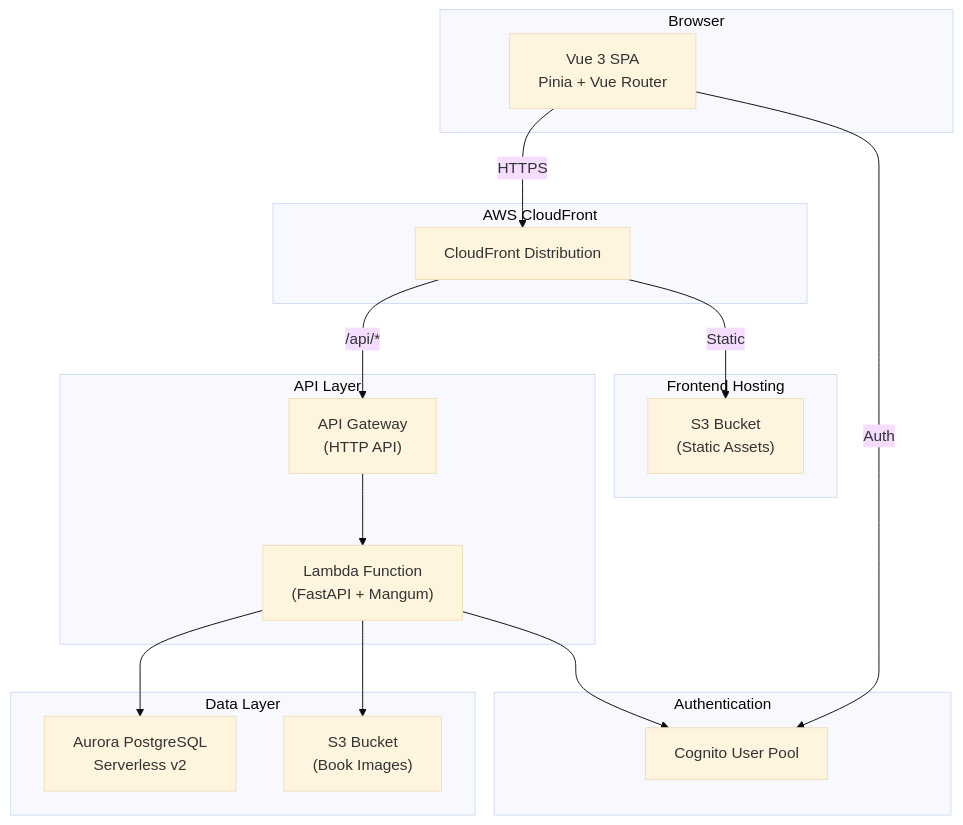
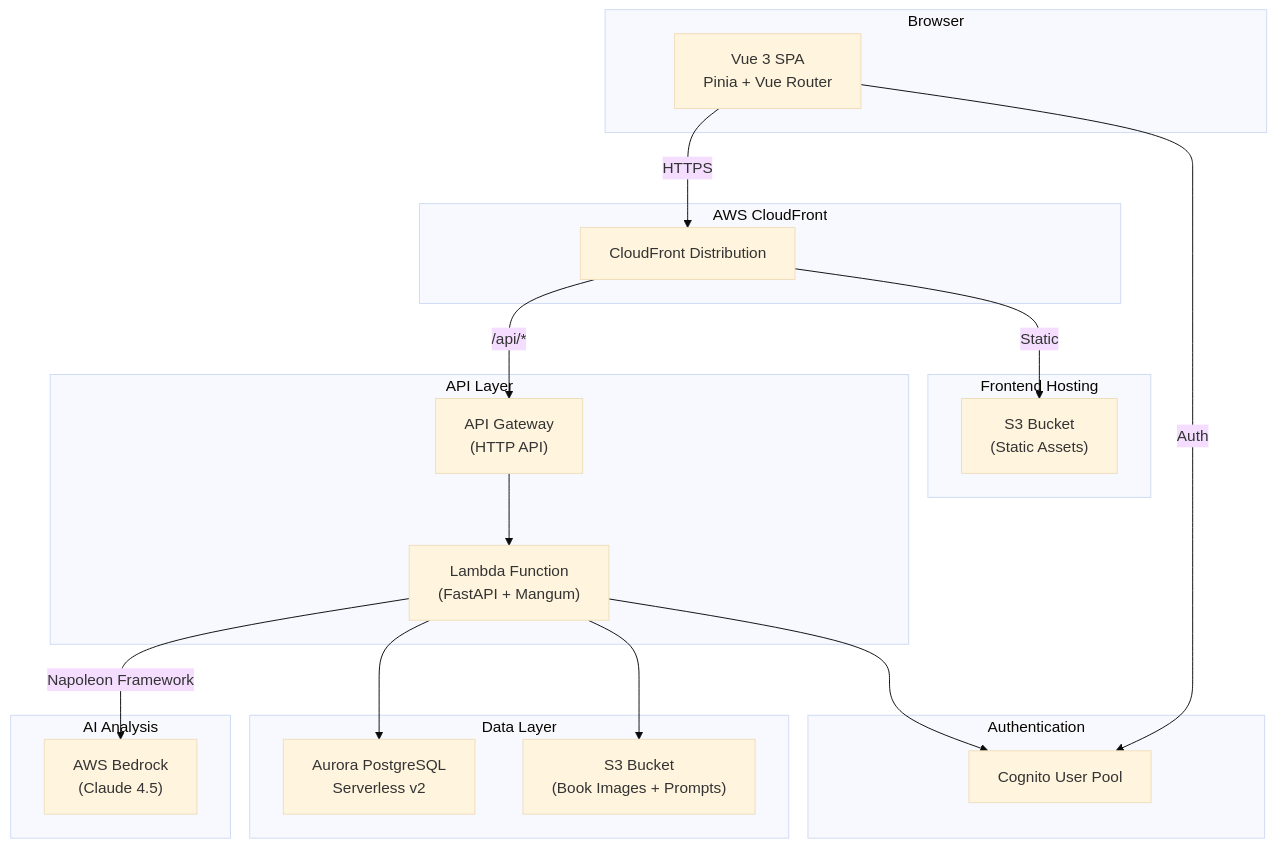
One commit to markthebest12/bluemoxon changed the second of 6 diagrams in docs/ARCHITECTURE.md. Above: the diagram before and after it, drawn with Mermaid (base theme). The commit also changed other lines of this file and 2 other files, not shown here.

First line of the commit message:
docs: update Bedrock prompt references to v3.md

````diff
--- a/docs/ARCHITECTURE.md
+++ b/docs/ARCHITECTURE.md
@@ -129,37 +131,42 @@
 ```mermaid
 flowchart TB
     subgraph Client["Browser"]
         Vue["Vue 3 SPA<br/>Pinia + Vue Router"]
     end
 
     subgraph CDN["AWS CloudFront"]
         CF["CloudFront Distribution"]
     end
 
     subgraph Frontend["Frontend Hosting"]
         S3F["S3 Bucket<br/>(Static Assets)"]
     end
 
     subgraph API["API Layer"]
         APIGW["API Gateway<br/>(HTTP API)"]
         Lambda["Lambda Function<br/>(FastAPI + Mangum)"]
     end
 
     subgraph Auth["Authentication"]
         Cognito["Cognito User Pool"]
     end
 
     subgraph Data["Data Layer"]
         Aurora["Aurora PostgreSQL<br/>Serverless v2"]
-        S3I["S3 Bucket<br/>(Book Images)"]
+        S3I["S3 Bucket<br/>(Book Images + Prompts)"]
+    end
+
+    subgraph AI["AI Analysis"]
+        Bedrock["AWS Bedrock<br/>(Claude 4.5)"]
     end
 
     Vue -->|HTTPS| CF
     CF -->|Static| S3F
     CF -->|/api/*| APIGW
     APIGW --> Lambda
     Lambda --> Aurora
     Lambda --> S3I
     Lambda --> Cognito
+    Lambda -->|Napoleon Framework| Bedrock
     Vue -->|Auth| Cognito
 ```
````
